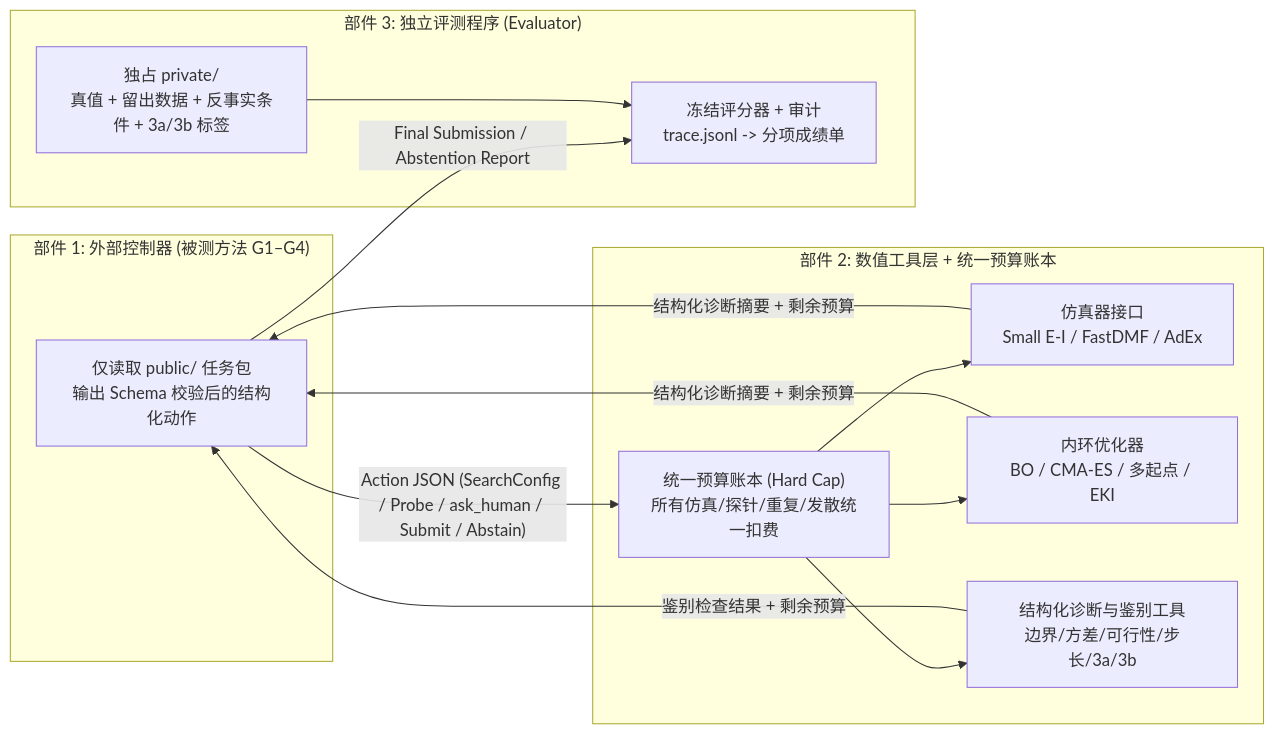
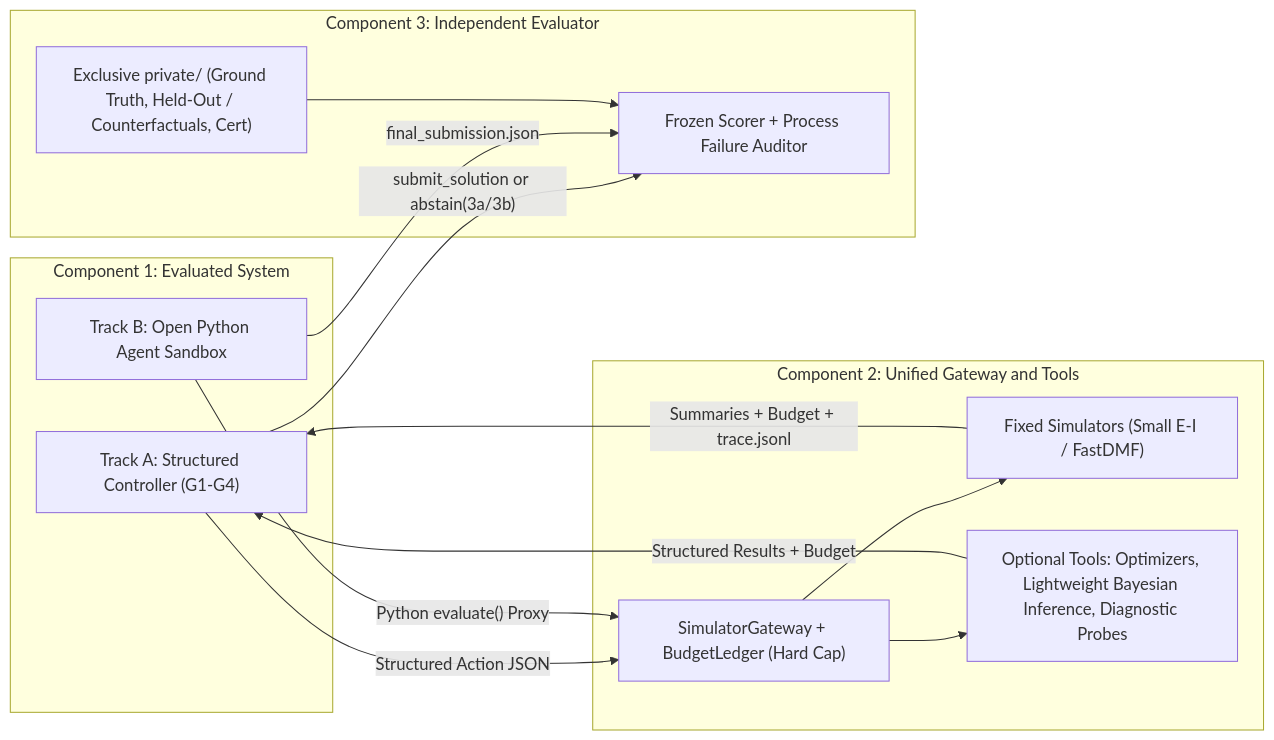
The diagram in docs/architecture.md (wsuli615/NeuroDyn-Bench), drawn with Mermaid before and after one commit. The commit also changed other lines of this file and 12 other files, not shown here.

````diff
--- a/docs/architecture.md
+++ b/docs/architecture.md
@@ -11,28 +11,28 @@
 ```mermaid
 flowchart LR
-    subgraph P1["部件 1: 外部控制器 (被测方法 G1–G4)"]
-        ctrl["仅读取 public/ 任务包<br/>输出 Schema 校验后的结构化动作"]
+    subgraph P1 [Component 1: Evaluated System]
+        trackA["Track A: Structured Controller (G1-G4)"]
+        trackB["Track B: Open Python Agent Sandbox"]
     end
 
-    subgraph P2["部件 2: 数值工具层 + 统一预算账本"]
-        ledger["统一预算账本 (Hard Cap)<br/>所有仿真/探针/重复/发散统一扣费"]
-        sim["仿真器接口<br/>Small E-I / FastDMF / AdEx"]
-        opt["内环优化器<br/>BO / CMA-ES / 多起点 / EKI"]
-        diag["结构化诊断与鉴别工具<br/>边界/方差/可行性/步长/3a/3b"]
+    subgraph P2 [Component 2: Unified Gateway and Tools]
+        gw["SimulatorGateway + BudgetLedger (Hard Cap)"]
+        sim["Fixed Simulators (Small E-I / FastDMF)"]
+        tools["Optional Tools: Optimizers, Lightweight Bayesian Inference, Diagnostic Probes"]
     end
 
-    subgraph P3["部件 3: 独立评测程序 (Evaluator)"]
-        priv["独占 private/<br/>真值 + 留出数据 + 反事实条件 + 3a/3b 标签"]
-        scorer["冻结评分器 + 审计<br/>trace.jsonl -> 分项成绩单"]
+    subgraph P3 [Component 3: Independent Evaluator]
+        priv["Exclusive private/ (Ground Truth, Held-Out / Counterfactuals, Cert)"]
+        scorer["Frozen Scorer + Process Failure Auditor"]
     end
 
-    ctrl -->|"Action JSON (SearchConfig / Probe / ask_human / Submit / Abstain)"| ledger
-    ledger --> sim
-    ledger --> opt
-    ledger --> diag
-    sim -->|"结构化诊断摘要 + 剩余预算"| ctrl
-    opt -->|"结构化诊断摘要 + 剩余预算"| ctrl
-    diag -->|"鉴别检查结果 + 剩余预算"| ctrl
-    ctrl -->|"Final Submission / Abstention Report"| scorer
+    trackA -->|"Structured Action JSON"| gw
+    trackB -->|"Python evaluate() Proxy"| gw
+    gw --> sim
+    gw --> tools
+    sim -->|"Summaries + Budget + trace.jsonl"| trackA
+    tools -->|"Structured Results + Budget"| trackA
+    trackA -->|"submit_solution or abstain(3a/3b)"| scorer
+    trackB -->|"final_submission.json"| scorer
     priv --> scorer
 ```
````
